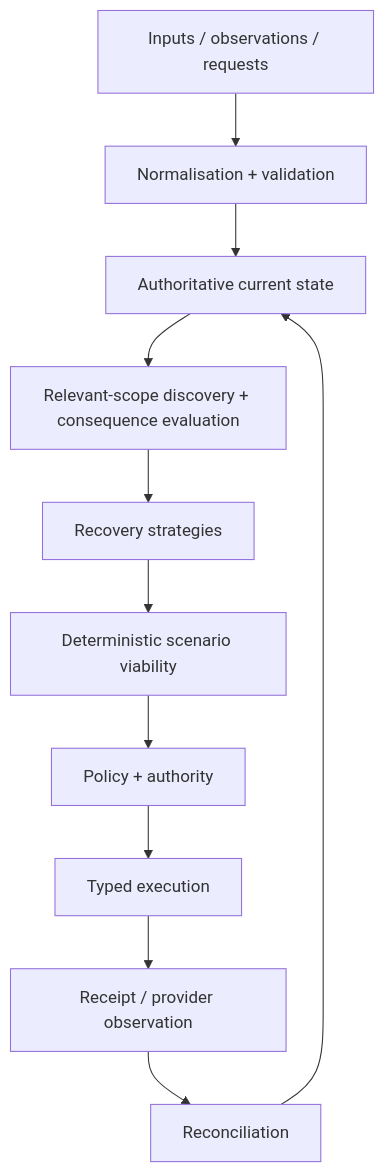
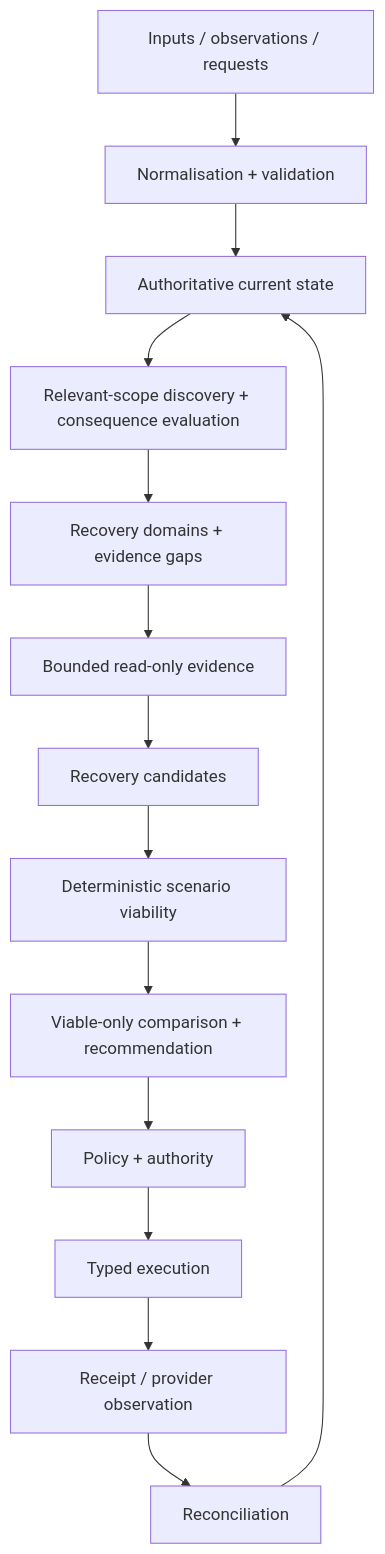
One commit to dropandresetmain-prog/qoder-atlas changed the diagram in docs/ARCHITECTURE.md. Above: the diagram before and after it, drawn with Mermaid. The commit also changed other lines of this file and 6 other files, not shown here.

````diff
--- a/docs/ARCHITECTURE.md
+++ b/docs/ARCHITECTURE.md
@@ -7,13 +7,16 @@
 ```mermaid
 flowchart TD
   I[Inputs / observations / requests] --> N[Normalisation + validation]
   N --> S[Authoritative current state]
   S --> C[Relevant-scope discovery + consequence evaluation]
-  C --> P[Recovery strategies]
+  C --> D[Recovery domains + evidence gaps]
+  D --> T[Bounded read-only evidence]
+  T --> P[Recovery candidates]
   P --> V[Deterministic scenario viability]
-  V --> A[Policy + authority]
+  V --> M[Viable-only comparison + recommendation]
+  M --> A[Policy + authority]
   A --> E[Typed execution]
   E --> O[Receipt / provider observation]
   O --> R[Reconciliation]
   R --> S
 ```
````
